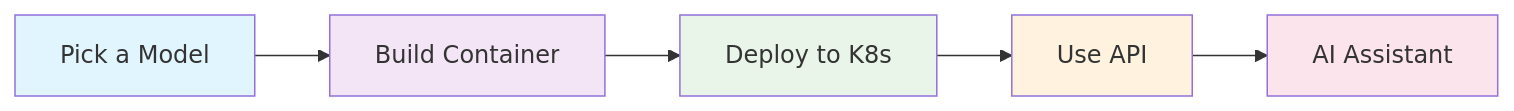
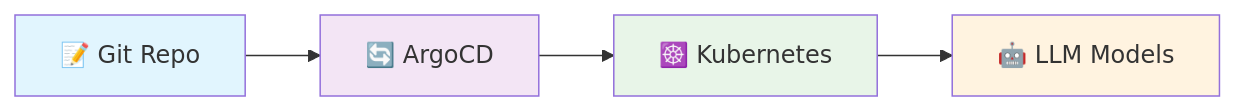
One commit to kush-gupt/ramalama-k8s changed the first of 2 diagrams in README.md. Above: the diagram before and after it, drawn with Mermaid. The commit also changed other lines of this file, not shown here.

````diff
--- a/README.md
+++ b/README.md
@@ -32,13 +23,11 @@
 ```mermaid
 graph LR
-    A[<rh-icon name="wrench"></rh-icon> Pick a Model] --> B[<rh-icon name="container"></rh-icon> Build Container]
-    B --> C[<rh-icon name="kubernetes"></rh-icon> Deploy to K8s]
-    C --> D[<rh-icon name="globe"></rh-icon> Use API]
-    D --> E[<rh-icon name="robot"></rh-icon> AI Assistant]
+    A[📝 Git Repo] --> B[🔄 ArgoCD]
+    B --> C[☸️ Kubernetes]
+    C --> D[🤖 LLM Models]
     
     style A fill:#e1f5fe
     style B fill:#f3e5f5
     style C fill:#e8f5e8
     style D fill:#fff3e0
-    style E fill:#fce4ec
 ```
````
